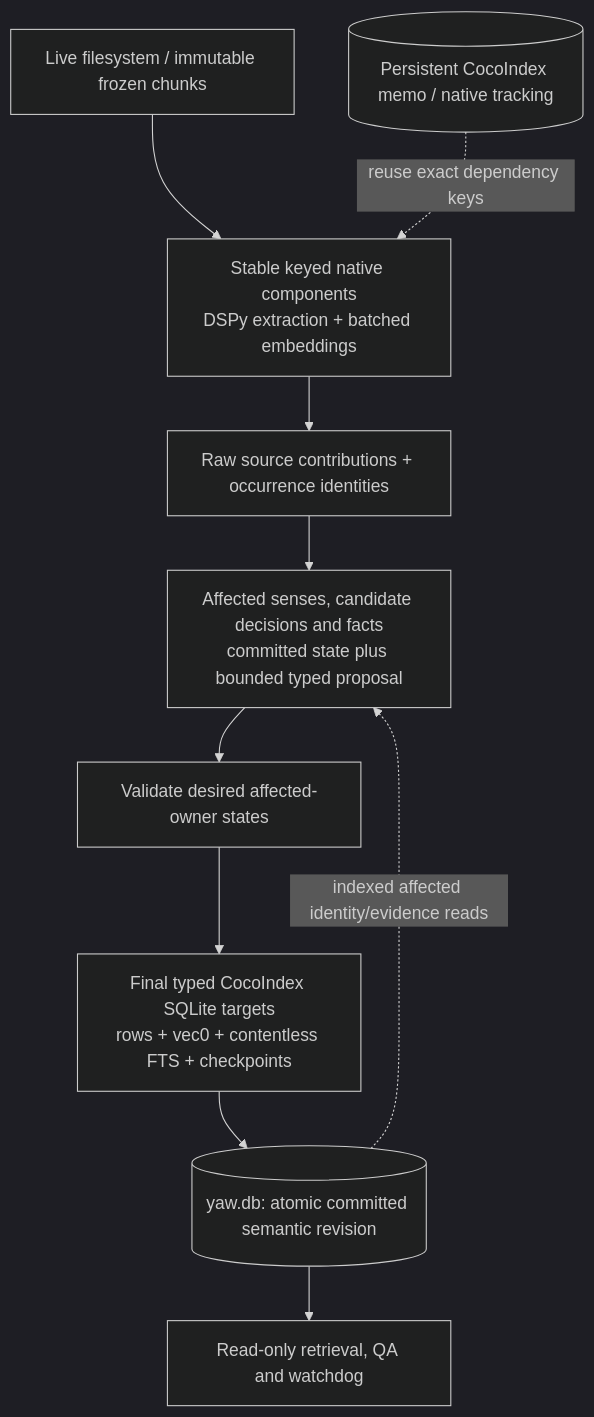
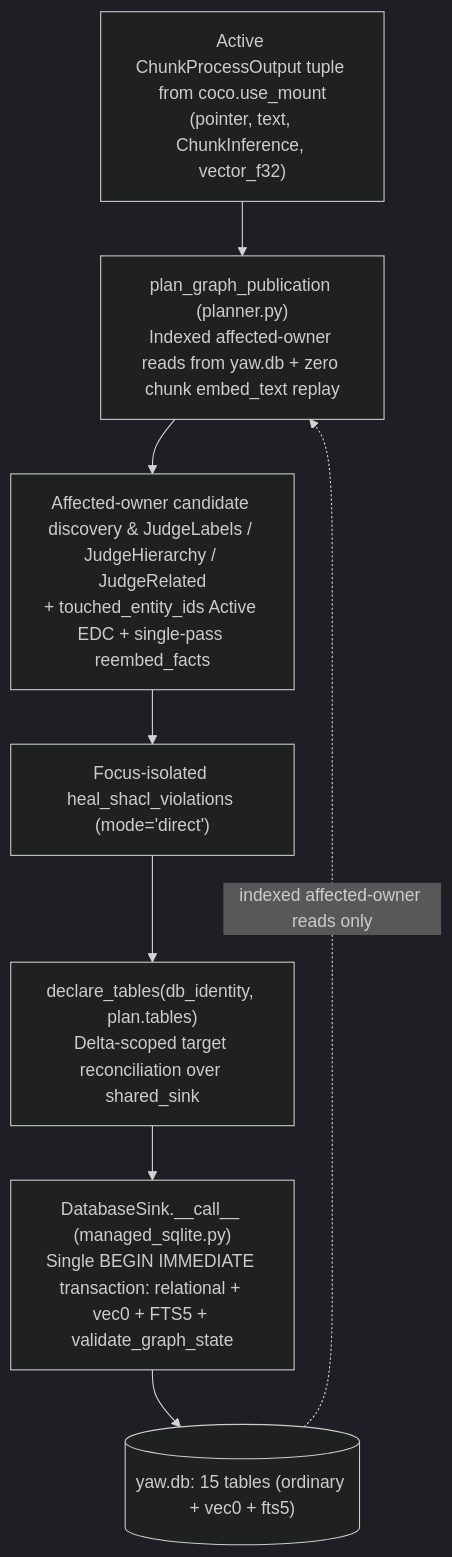
One commit to negatrait/yaw changed the diagram in docs/native-cocoindex-graph.md. Above: the diagram before and after it, drawn with Mermaid (dark theme). The commit also changed other lines of this file and 11 other files, not shown here.

Commit message:
refactor(graph): remove C1-C2 dead helpers/stage_cache and C4 legacy schema migrations

````diff
--- a/docs/native-cocoindex-graph.md
+++ b/docs/native-cocoindex-graph.md
@@ -204,15 +118,12 @@
 ```mermaid
 flowchart TD
-    S["Live filesystem / immutable frozen chunks"]
-    X["Stable keyed native components\nDSPy extraction + batched embeddings"]
-    M["Raw source contributions + occurrence identities"]
-    D["Affected senses, candidate decisions and facts\ncommitted state plus bounded typed proposal"]
-    V["Validate desired affected-owner states"]
-    T["Final typed CocoIndex SQLite targets\nrows + vec0 + contentless FTS + checkpoints"]
-    DB[("yaw.db: atomic committed semantic revision")]
-    Q["Read-only retrieval, QA and watchdog"]
-    C[("Persistent CocoIndex memo / native tracking")]
-    S --> X --> M --> D --> V --> T --> DB --> Q
-    C -. "reuse exact dependency keys" .-> X
-    DB -. "indexed affected identity/evidence reads" .-> D
+    CI["Active ChunkProcessOutput tuple from coco.use_mount\n(pointer, text, ChunkInference, vector_f32)"]
+    P["plan_graph_publication (planner.py)\nIndexed affected-owner reads from yaw.db + zero chunk embed_text replay"]
+    S["Affected-owner candidate discovery & JudgeLabels / JudgeHierarchy / JudgeRelated\n+ touched_entity_ids Active EDC + single-pass reembed_facts"]
+    H["Focus-isolated heal_shacl_violations (mode='direct')"]
+    D["declare_tables(db_identity, plan.tables)\nDelta-scoped target reconciliation over shared_sink"]
+    SINK["DatabaseSink.__call__ (managed_sqlite.py)\nSingle BEGIN IMMEDIATE transaction: relational + vec0 + FTS5 + validate_graph_state"]
+    DB[("yaw.db: 15 tables (ordinary + vec0 + fts5)")]
+    CI --> P --> S --> H --> D --> SINK --> DB
+    DB -. "indexed affected-owner reads only" .-> P
 ```
````
